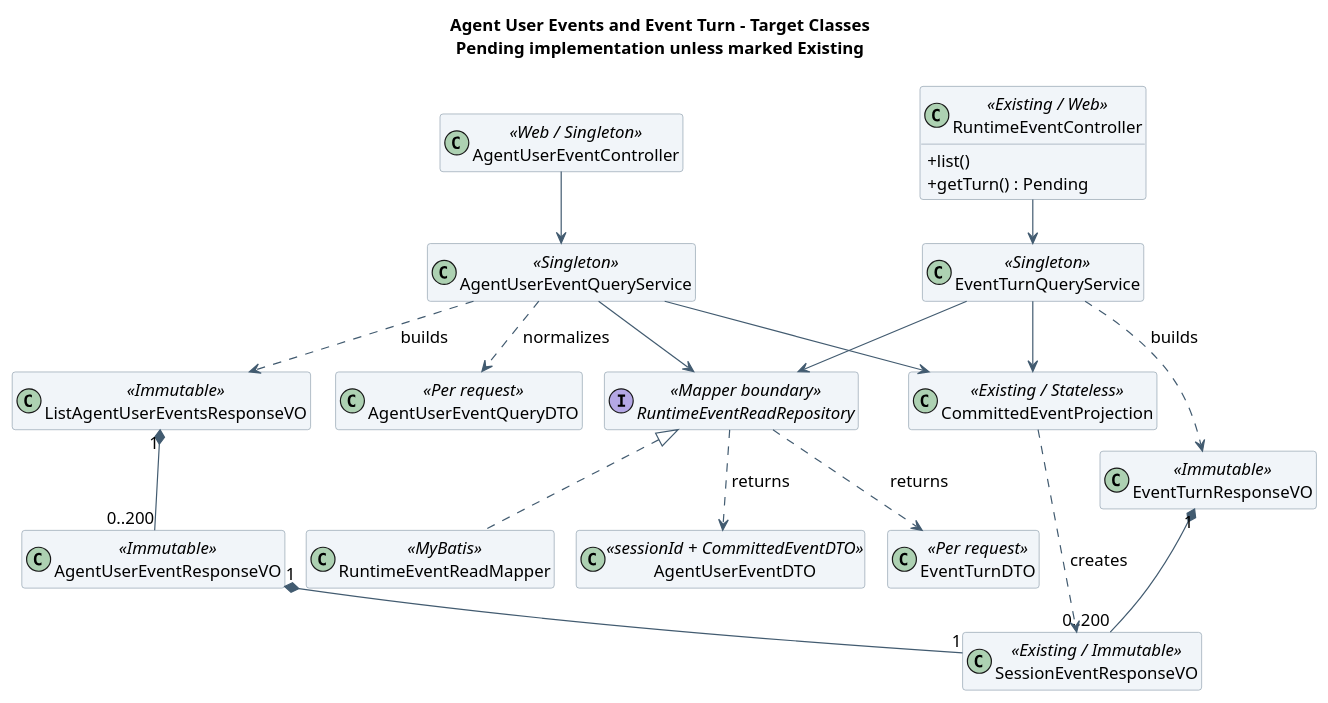
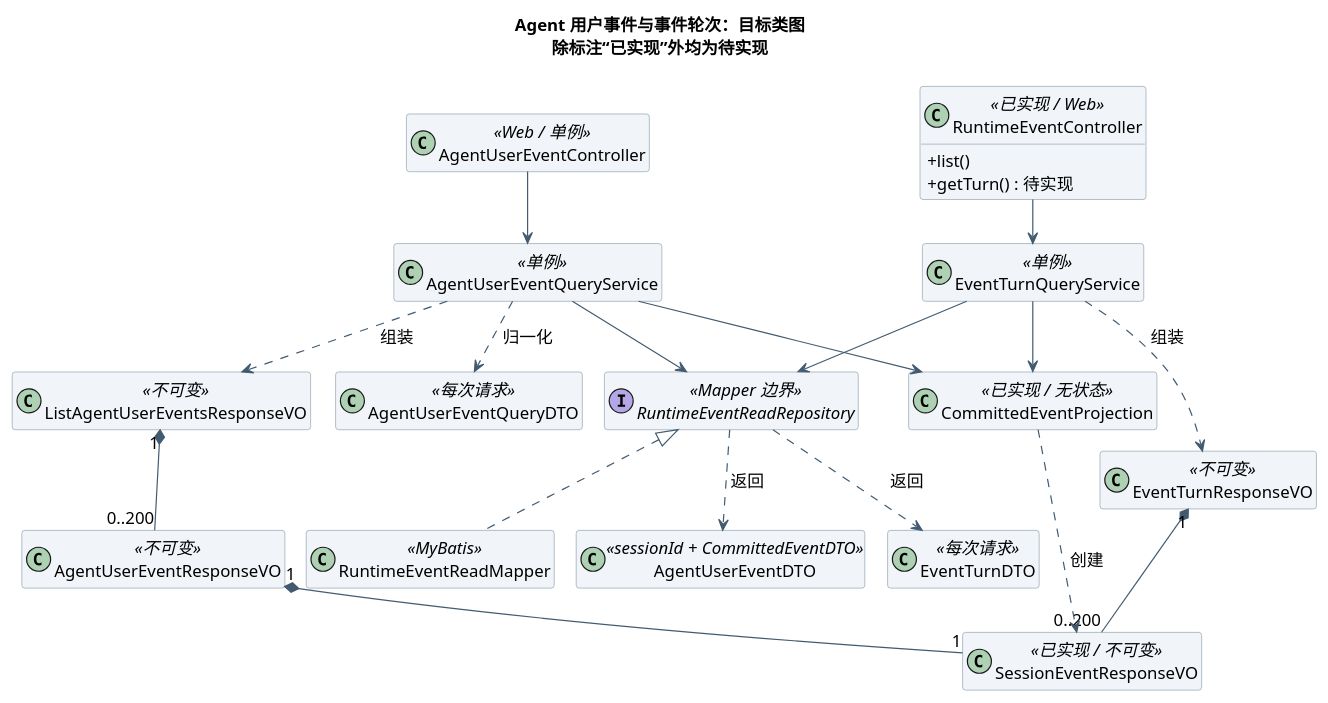
One commit to ssm0808/pi-mono-java-design changed the third of 3 diagrams in 01-总体架构/01-CampusClaw多Agent运行时/设计图/Agent用户事件查询/diagram.puml. Above: the diagram before and after it, drawn with PlantUML. The commit also changed other lines of this file and 7 other files, not shown here.

First line of the commit message:
docs(runtime): 按最新设计文档模板修订 Agent 用户事件设计

```diff
--- a/01-总体架构/01-CampusClaw多Agent运行时/设计图/Agent用户事件查询/diagram.puml
+++ b/01-总体架构/01-CampusClaw多Agent运行时/设计图/Agent用户事件查询/diagram.puml
@@ -81,53 +81,53 @@
 @startuml agent_user_events_classes
-' Source evidence: pi-mono-java main 769e86592285f4a25b0febaf551eddea6bc7212c
+' 源码证据：pi-mono-java main 769e86592285f4a25b0febaf551eddea6bc7212c
 ' modules/coding-agent-cli/src/main/java/com/campusclaw/codingagent/runtimeapi/
 ' web/RuntimeEventController.java; event/CommittedEventQueryService.java
 ' event/CommittedEventProjection.java; persistence/MyBatisRuntimeSessionRepository.java:findEventPage
 ' vo/ListSessionEventsResponseVO.java; vo/SessionEventResponseVO.java
-' Observed behavior: one stateless projection serves GET history and POST SSE frames.
-' Design reason: new reads reuse it; DTOs stay below Service, VOs at Controller.
+' 已观察行为：同一个无状态投影同时服务 GET 历史和 POST SSE 帧。
+' 设计原因：新读取复用该投影；DTO 留在 Service 之下，VO 留在 Controller 层。
 !pragma layout smetana
 skinparam backgroundColor white
 skinparam defaultFontName SansSerif
 skinparam defaultFontSize 14
 skinparam shadowing false
 skinparam classAttributeIconSize 0
 skinparam ArrowColor #425B70
 skinparam classBackgroundColor #F1F5F9
 skinparam classBorderColor #8496A4
 hide empty members
-title Agent User Events and Event Turn - Target Classes\nPending implementation unless marked Existing
-class "AgentUserEventController" as AgentWeb <<Web / Singleton>>
-class "RuntimeEventController" as SessionWeb <<Existing / Web>> {
+title Agent 用户事件与事件轮次：目标类图\n除标注“已实现”外均为待实现
+class "AgentUserEventController" as AgentWeb <<Web / 单例>>
+class "RuntimeEventController" as SessionWeb <<已实现 / Web>> {
   +list()
-  +getTurn() : Pending
+  +getTurn() : 待实现
 }
-class "AgentUserEventQueryService" as AgentSvc <<Singleton>>
-class "EventTurnQueryService" as TurnSvc <<Singleton>>
-class "CommittedEventProjection" as Projection <<Existing / Stateless>>
-interface "RuntimeEventReadRepository" as Repo <<Mapper boundary>>
+class "AgentUserEventQueryService" as AgentSvc <<单例>>
+class "EventTurnQueryService" as TurnSvc <<单例>>
+class "CommittedEventProjection" as Projection <<已实现 / 无状态>>
+interface "RuntimeEventReadRepository" as Repo <<Mapper 边界>>
 class "RuntimeEventReadMapper" as Mapper <<MyBatis>>
-class "AgentUserEventQueryDTO" as QueryDTO <<Per request>>
+class "AgentUserEventQueryDTO" as QueryDTO <<每次请求>>
 class "AgentUserEventDTO" as ItemDTO <<sessionId + CommittedEventDTO>>
-class "EventTurnDTO" as TurnDTO <<Per request>>
-class "ListAgentUserEventsResponseVO" as ListVO <<Immutable>>
-class "AgentUserEventResponseVO" as ItemVO <<Immutable>>
-class "EventTurnResponseVO" as TurnVO <<Immutable>>
-class "SessionEventResponseVO" as EventVO <<Existing / Immutable>>
+class "EventTurnDTO" as TurnDTO <<每次请求>>
+class "ListAgentUserEventsResponseVO" as ListVO <<不可变>>
+class "AgentUserEventResponseVO" as ItemVO <<不可变>>
+class "EventTurnResponseVO" as TurnVO <<不可变>>
+class "SessionEventResponseVO" as EventVO <<已实现 / 不可变>>
 AgentWeb --> AgentSvc
 SessionWeb --> TurnSvc
 AgentSvc --> Repo
 TurnSvc --> Repo
 AgentSvc --> Projection
 TurnSvc --> Projection
 Repo <|.. Mapper
-AgentSvc ..> QueryDTO : normalizes
-Repo ..> ItemDTO : returns
-Repo ..> TurnDTO : returns
-AgentSvc ..> ListVO : builds
-TurnSvc ..> TurnVO : builds
+AgentSvc ..> QueryDTO : 归一化
+Repo ..> ItemDTO : 返回
+Repo ..> TurnDTO : 返回
+AgentSvc ..> ListVO : 组装
+TurnSvc ..> TurnVO : 组装
 ListVO "1" *-- "0..200" ItemVO
 ItemVO "1" *-- "1" EventVO
 TurnVO "1" *-- "0..200" EventVO
-Projection ..> EventVO : creates
+Projection ..> EventVO : 创建
 @enduml
```
